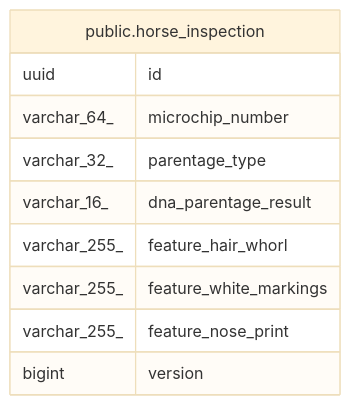
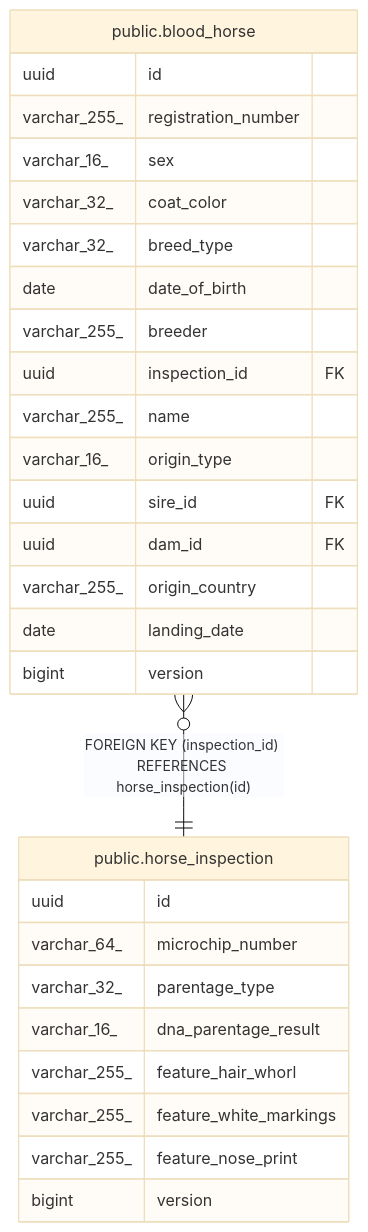
Before and after one commit to ptiringo/toy-box: the diagram in dbdoc/public.horse_inspection.md, drawn with Mermaid (base theme). The commit also changed other lines of this file and 6 other files, not shown here.

````diff
--- a/dbdoc/public.horse_inspection.md
+++ b/dbdoc/public.horse_inspection.md
@@ -35,15 +35,33 @@
 ```mermaid
 erDiagram
 
+"public.blood_horse" }o--|| "public.horse_inspection" : "FOREIGN KEY (inspection_id) REFERENCES horse_inspection(id)"
 
 "public.horse_inspection" {
   uuid id
   varchar_64_ microchip_number
   varchar_32_ parentage_type
   varchar_16_ dna_parentage_result
   varchar_255_ feature_hair_whorl
   varchar_255_ feature_white_markings
   varchar_255_ feature_nose_print
   bigint version
 }
+"public.blood_horse" {
+  uuid id
+  varchar_255_ registration_number
+  varchar_16_ sex
+  varchar_32_ coat_color
+  varchar_32_ breed_type
+  date date_of_birth
+  varchar_255_ breeder
+  uuid inspection_id FK
+  varchar_255_ name
+  varchar_16_ origin_type
+  uuid sire_id FK
+  uuid dam_id FK
+  varchar_255_ origin_country
+  date landing_date
+  bigint version
+}
 ```
````
